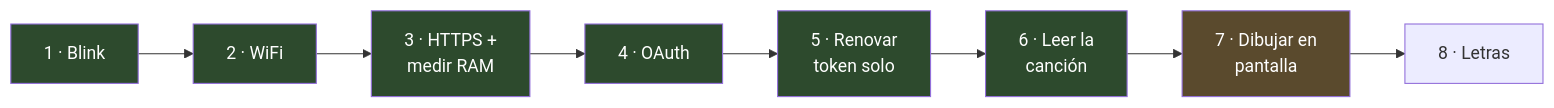
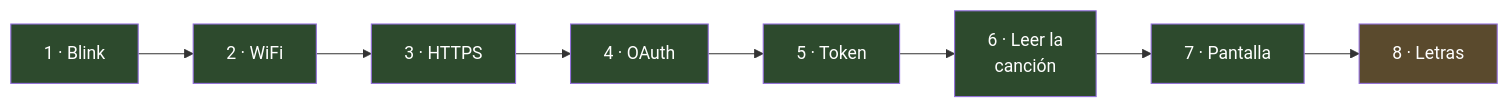
Before and after one commit to FReptar0/ESP32: the diagram in proyectos/tamagotchi/README.md, drawn with Mermaid. The commit also changed other lines of this file and 4 other files, not shown here.

````diff
--- a/proyectos/tamagotchi/README.md
+++ b/proyectos/tamagotchi/README.md
@@ -18,18 +18,19 @@
 ```mermaid
 graph LR
     A["1 · Blink"] --> B["2 · WiFi"]
-    B --> C["3 · HTTPS +<br/>medir RAM"]
+    B --> C["3 · HTTPS"]
     C --> D["4 · OAuth"]
-    D --> E["5 · Renovar<br/>token solo"]
+    D --> E["5 · Token"]
     E --> F["6 · Leer la<br/>canción"]
-    F --> G["7 · Dibujar en<br/>pantalla"]
+    F --> G["7 · Pantalla"]
     G --> H["8 · Letras"]
 
     style A fill:#2d4a2d,color:#fff
     style B fill:#2d4a2d,color:#fff
     style C fill:#2d4a2d,color:#fff
     style D fill:#2d4a2d,color:#fff
     style E fill:#2d4a2d,color:#fff
     style F fill:#2d4a2d,color:#fff
-    style G fill:#5a4a2d,color:#fff
+    style G fill:#2d4a2d,color:#fff
+    style H fill:#5a4a2d,color:#fff
 ```
````
